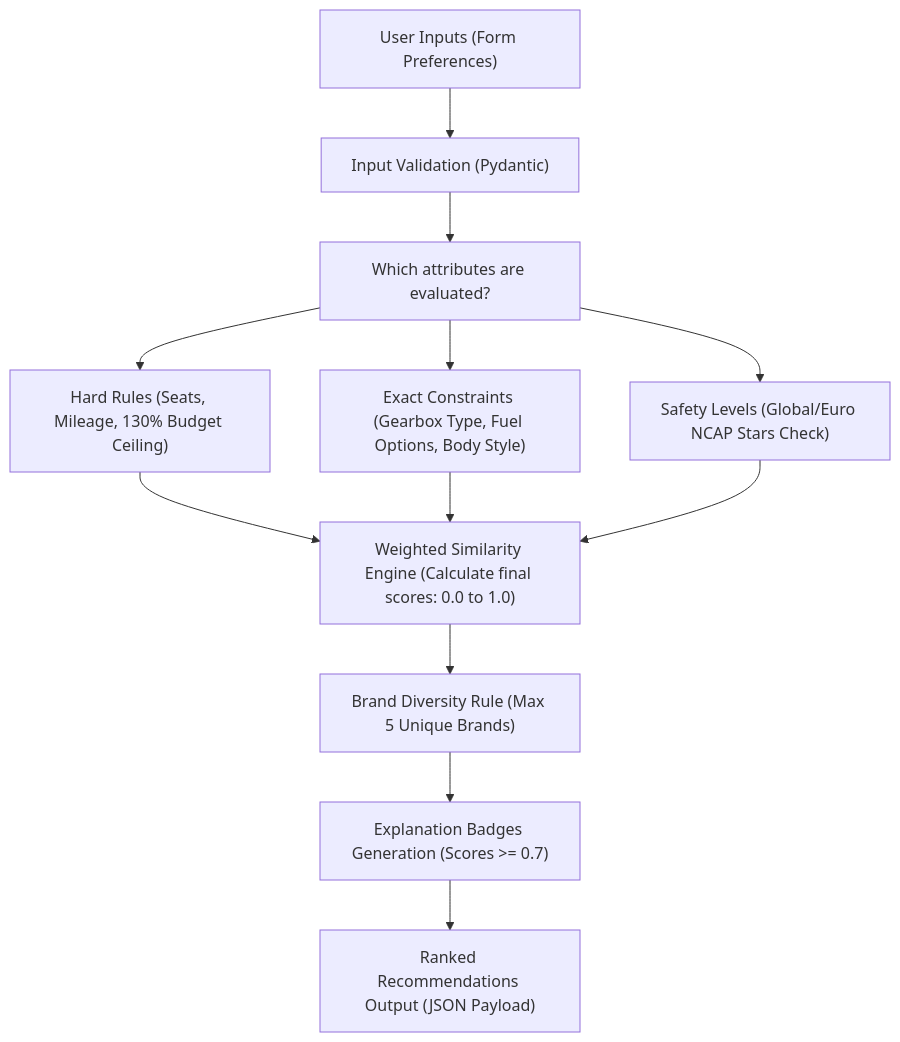
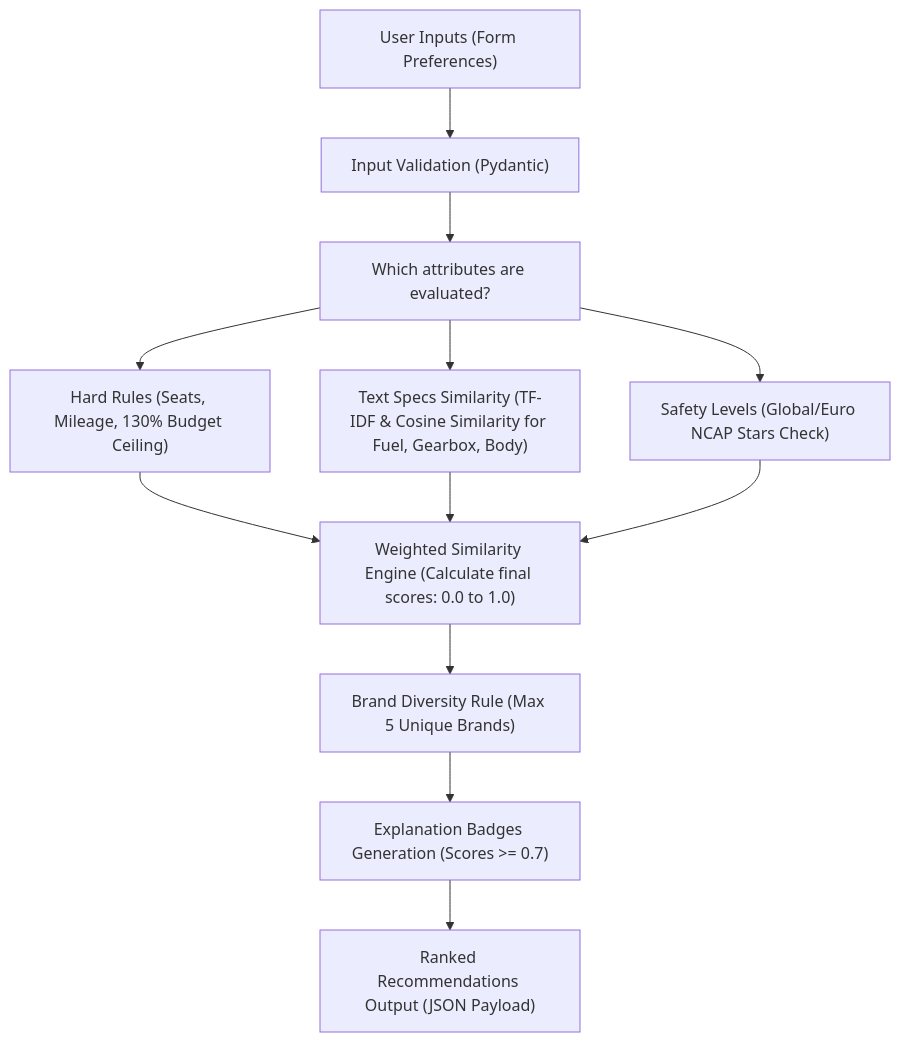
The first of 2 diagrams in README.md (sakalyeakshat/Smart-Car-recommendation-system), drawn with Mermaid before and after one commit. The commit also changed other lines of this file and 4 other files, not shown here.

````diff
--- a/README.md
+++ b/README.md
@@ -209,17 +209,17 @@
 ```mermaid
 graph TD
     A["User Inputs (Form Preferences)"] --> B["Input Validation (Pydantic)"]
     B --> C["Which attributes are evaluated?"]
     
     C --> D["Hard Rules (Seats, Mileage, 130% Budget Ceiling)"]
-    C --> E["Exact Constraints (Gearbox Type, Fuel Options, Body Style)"]
+    C --> E["Text Specs Similarity (TF-IDF & Cosine Similarity for Fuel, Gearbox, Body)"]
     C --> F["Safety Levels (Global/Euro NCAP Stars Check)"]
     
     D --> G["Weighted Similarity Engine (Calculate final scores: 0.0 to 1.0)"]
     E --> G
     F --> G
     
     G --> H["Brand Diversity Rule (Max 5 Unique Brands)"]
     H --> I["Explanation Badges Generation (Scores >= 0.7)"]
     I --> J["Ranked Recommendations Output (JSON Payload)"]
 ```
````
